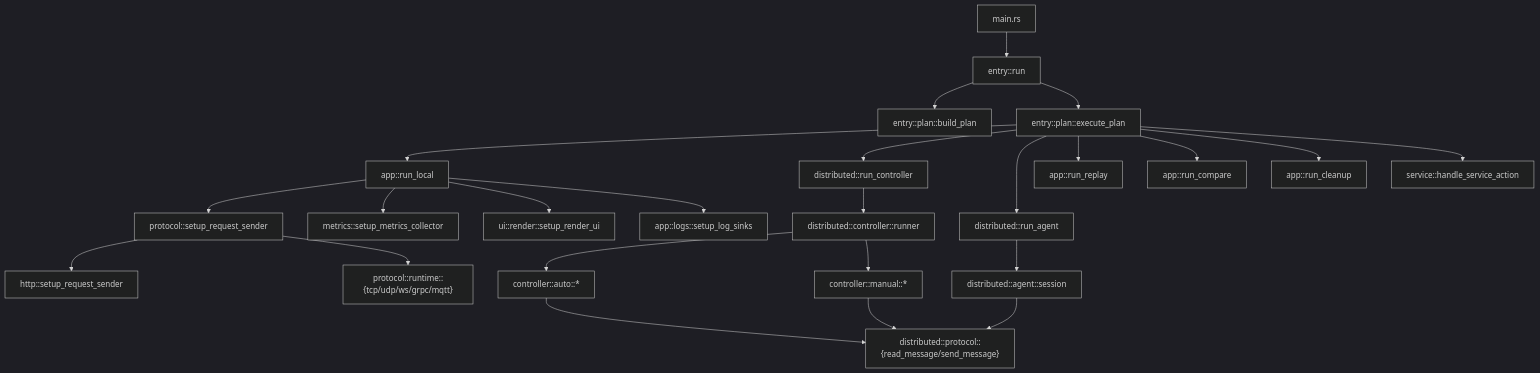
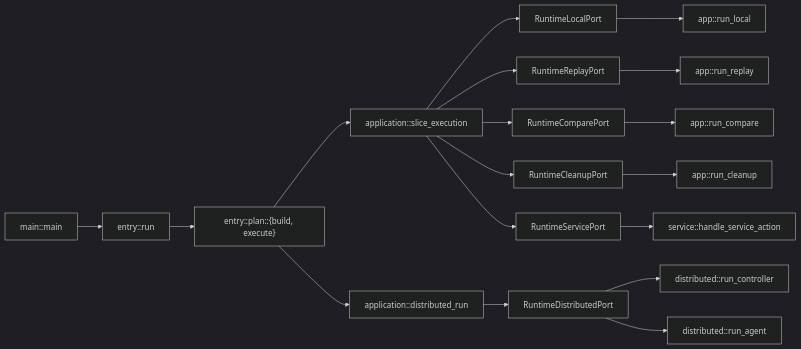
One commit to Lythaeon/strest changed the first of 7 diagrams in docs/architecture/ard/ARCHITECTURE_OVERVIEW.md. Above: the diagram before and after it, drawn with Mermaid (dark theme). The commit also changed other lines of this file and 50 other files, not shown here.

Commit message:
feat: finalize phase 7 hexagonal boundaries and add technical architecture patterns (#30)

````diff
--- a/docs/architecture/ard/ARCHITECTURE_OVERVIEW.md
+++ b/docs/architecture/ard/ARCHITECTURE_OVERVIEW.md
@@ -11,31 +15,23 @@
 ```mermaid
-flowchart TD
-  main["main.rs"] --> entry["entry::run"]
-  entry --> planBuild["entry::plan::build_plan"]
-  entry --> planExec["entry::plan::execute_plan"]
+flowchart LR
+  main["main::main"] --> entry["entry::run"]
+  entry --> plan["entry::plan::{build, execute}"]
 
-  planExec --> local["app::run_local"]
-  planExec --> controller["distributed::run_controller"]
-  planExec --> agent["distributed::run_agent"]
-  planExec --> replay["app::run_replay"]
-  planExec --> compare["app::run_compare"]
-  planExec --> cleanup["app::run_cleanup"]
-  planExec --> service["service::handle_service_action"]
+  plan --> appSlice["application::slice_execution"]
+  plan --> appDist["application::distributed_run"]
 
-  local --> proto["protocol::setup_request_sender"]
-  local --> metrics["metrics::setup_metrics_collector"]
-  local --> ui["ui::render::setup_render_ui"]
-  local --> logs["app::logs::setup_log_sinks"]
+  appSlice --> rtLocal["RuntimeLocalPort"]
+  appSlice --> rtReplay["RuntimeReplayPort"]
+  appSlice --> rtCompare["RuntimeComparePort"]
+  appSlice --> rtCleanup["RuntimeCleanupPort"]
+  appSlice --> rtService["RuntimeServicePort"]
+  appDist --> rtDistributed["RuntimeDistributedPort"]
 
-  proto --> http["http::setup_request_sender"]
-  proto --> transports["protocol::runtime::{tcp/udp/ws/grpc/mqtt}"]
-
-  controller --> ctrlRunner["distributed::controller::runner"]
-  ctrlRunner --> ctrlAuto["controller::auto::*"]
-  ctrlRunner --> ctrlManual["controller::manual::*"]
-  ctrlAuto --> wire["distributed::protocol::{read_message/send_message}"]
-  ctrlManual --> wire
-
-  agent --> agentSession["distributed::agent::session"]
-  agentSession --> wire
+  rtLocal --> local["app::run_local"]
+  rtReplay --> replay["app::run_replay"]
+  rtCompare --> compare["app::run_compare"]
+  rtCleanup --> cleanup["app::run_cleanup"]
+  rtService --> service["service::handle_service_action"]
+  rtDistributed --> controller["distributed::run_controller"]
+  rtDistributed --> agent["distributed::run_agent"]
 ```
````
